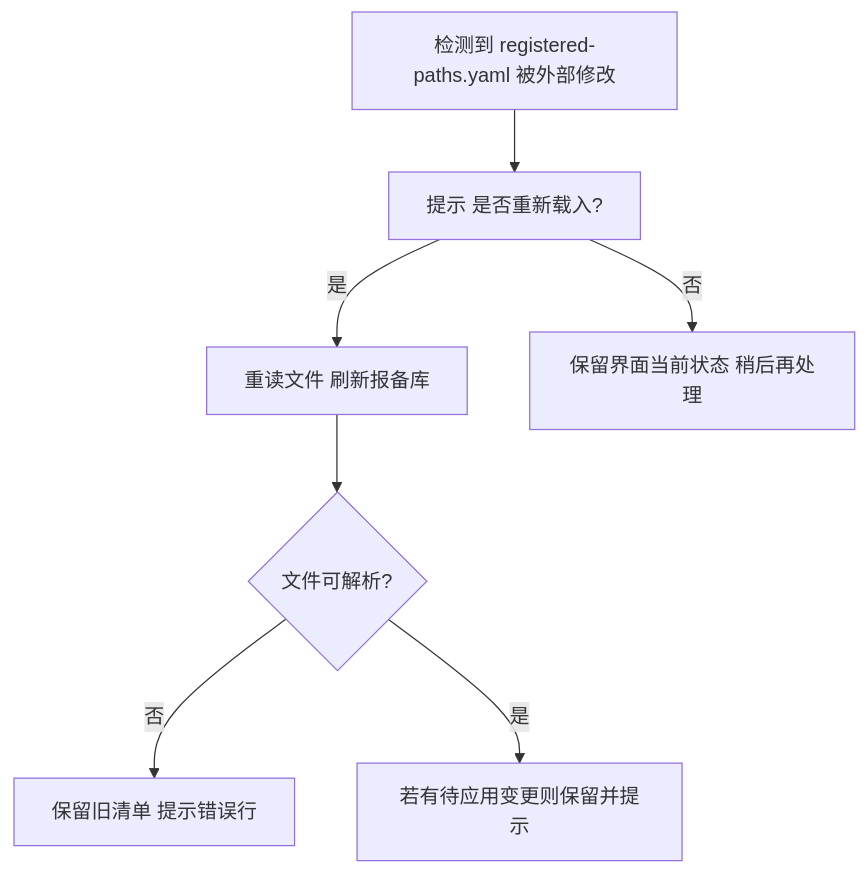
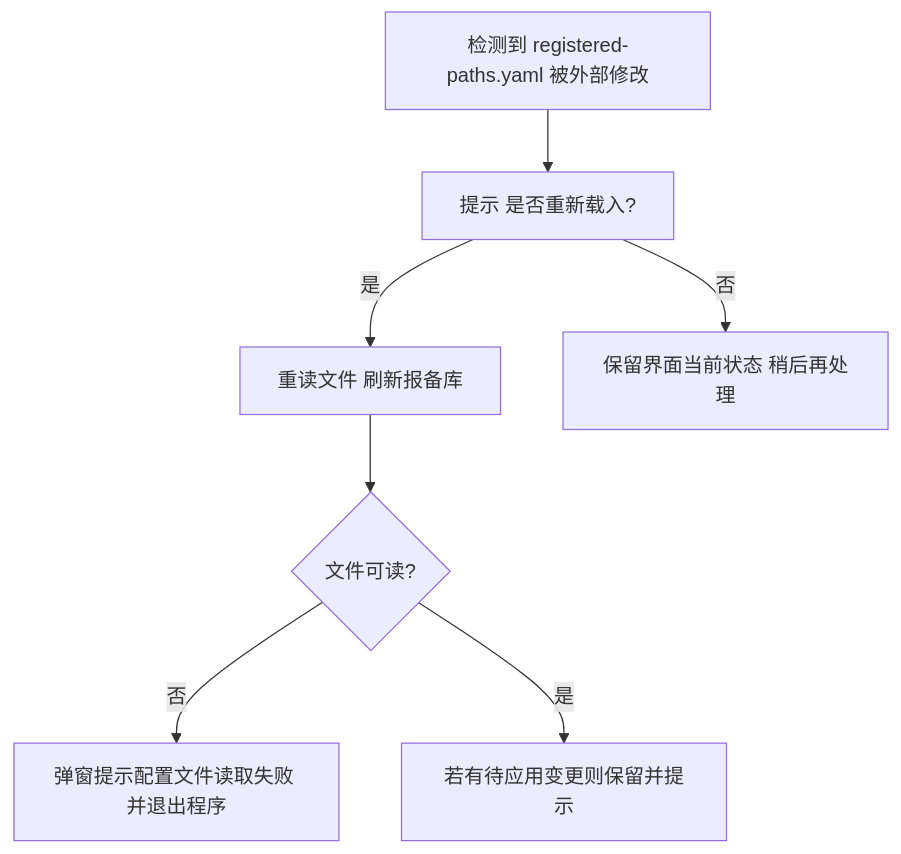
The second of 8 diagrams in design/Design Doc.md (Adrts/tool2path), drawn with Mermaid before and after one commit. The commit also changed other lines of this file and 3 other files, not shown here.

````diff
--- a/design/Design Doc.md
+++ b/design/Design Doc.md
@@ -417,9 +417,9 @@
 ```mermaid
 flowchart TD
   A[检测到 registered-paths.yaml 被外部修改] --> B[提示 是否重新载入?]
   B -- 是 --> C[重读文件 刷新报备库]
-  C --> D{文件可解析?}
-  D -- 否 --> D1[保留旧清单 提示错误行]
+  C --> D{文件可读?}
+  D -- 否 --> D1[弹窗提示配置文件读取失败 并退出程序]
   D -- 是 --> E[若有待应用变更则保留并提示]
   B -- 否 --> F[保留界面当前状态 稍后再处理]
 ```
````
